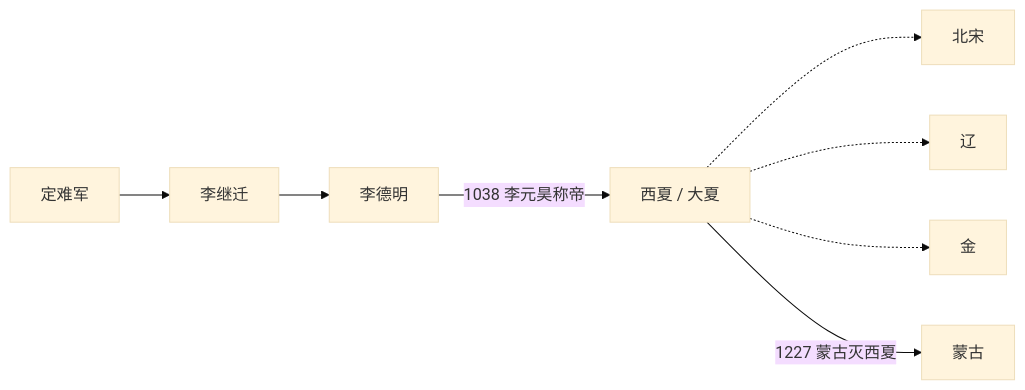
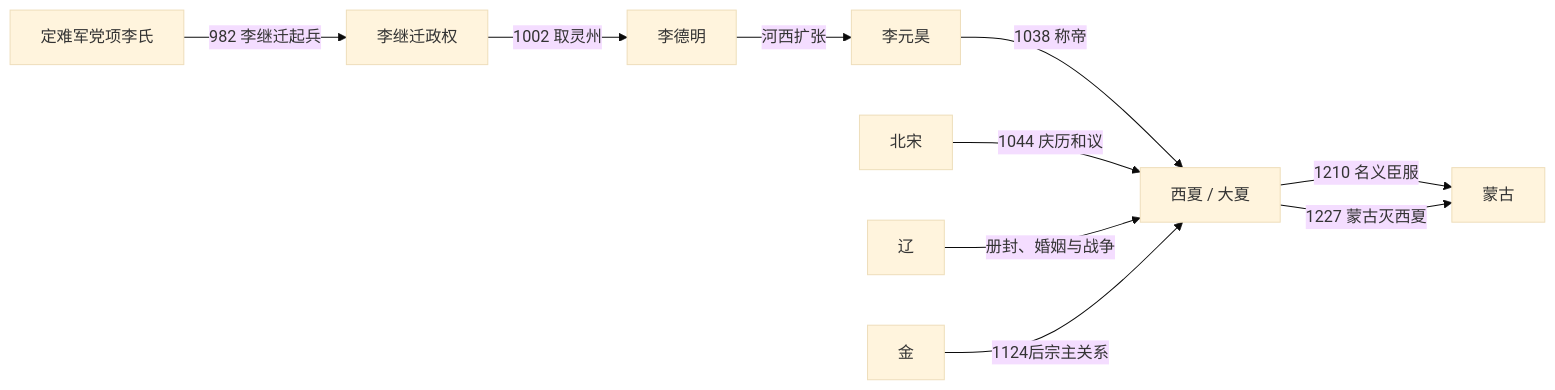
One commit to tianlan-dev/learning-notes changed the diagram in 人文科学/历史/东亚/中国/辽宋金西夏/西夏/README.md. Above: the diagram before and after it, drawn with Mermaid (base theme). The commit also changed other lines of this file and 1417 other files, not shown here.

````diff
--- a/人文科学/历史/东亚/中国/辽宋金西夏/西夏/README.md
+++ b/人文科学/历史/东亚/中国/辽宋金西夏/西夏/README.md
@@ -23,10 +23,12 @@
 ```mermaid
 flowchart LR
-  Dingnan[定难军] --> LiJiqian[李继迁]
-  LiJiqian --> LiDeming[李德明]
-  LiDeming -->|1038 李元昊称帝| WesternXia["西夏 / 大夏"]
-  WesternXia -.-> NorthernSong[北宋]
-  WesternXia -.-> Liao[辽]
-  WesternXia -.-> Jin[金]
-  WesternXia -->|1227 蒙古灭西夏| Mongol[蒙古]
+  Dingnan["定难军党项李氏"] -->|982 李继迁起兵| Jiqian["李继迁政权"]
+  Jiqian -->|1002 取灵州| Deming["李德明"]
+  Deming -->|河西扩张| Yuanhao["李元昊"]
+  Yuanhao -->|1038 称帝| WesternXia["西夏 / 大夏"]
+  NorthernSong["北宋"] -->|1044 庆历和议| WesternXia
+  Liao["辽"] -->|册封、婚姻与战争| WesternXia
+  Jin["金"] -->|1124后宗主关系| WesternXia
+  WesternXia -->|1210 名义臣服| Mongol["蒙古"]
+  WesternXia -->|1227 蒙古灭西夏| Mongol
 ```
````
